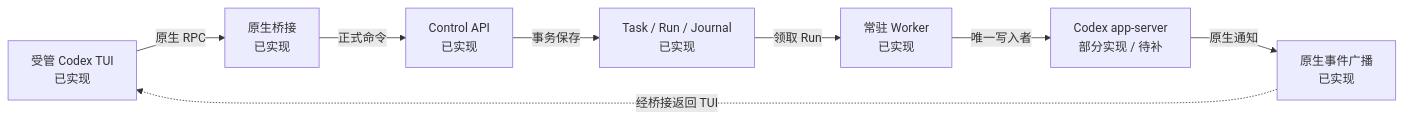
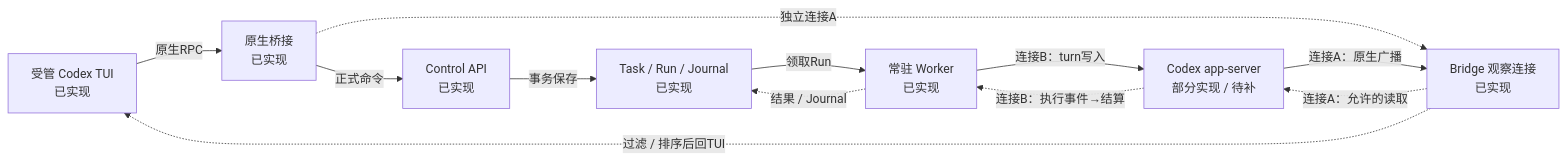
Before and after one commit to insky2017/OpenAgentX: the seventh of 7 diagrams in docs/design/CURRENT_ARCHITECTURE.md, drawn with Mermaid. The commit also changed other lines of this file and 15 other files, not shown here.

Commit message:
docs: refresh architecture and terminal collaboration diagrams

````diff
--- a/docs/design/CURRENT_ARCHITECTURE.md
+++ b/docs/design/CURRENT_ARCHITECTURE.md
@@ -350,17 +362,21 @@
 ```mermaid
 flowchart LR
   tui["受管 Codex TUI<br/>已实现"]
   bridge["原生桥接<br/>已实现"]
   control["Control API<br/>已实现"]
   ledger["Task / Run / Journal<br/>已实现"]
   worker["常驻 Worker<br/>已实现"]
   appserver["Codex app-server<br/>部分实现 / 待补"]
-  broadcast["原生事件广播<br/>已实现"]
-  tui -->|"原生 RPC"| bridge
+  broadcast["Bridge 观察连接<br/>已实现"]
+  tui -->|"原生RPC"| bridge
   bridge -->|"正式命令"| control
   control -->|"事务保存"| ledger
-  ledger -->|"领取 Run"| worker
-  worker -->|"唯一写入者"| appserver
-  appserver -->|"原生通知"| broadcast
-  broadcast -.->|"经桥接返回 TUI"| tui
+  ledger -->|"领取Run"| worker
+  worker -->|"连接B：turn写入"| appserver
+  appserver -.->|"连接B：执行事件→结算"| worker
+  bridge -.->|"独立连接A"| broadcast
+  broadcast -.->|"连接A：允许的读取"| appserver
+  appserver -->|"连接A：原生广播"| broadcast
+  broadcast -.->|"过滤 / 排序后回TUI"| tui
+  worker -.->|"结果 / Journal"| ledger
 ```
````
